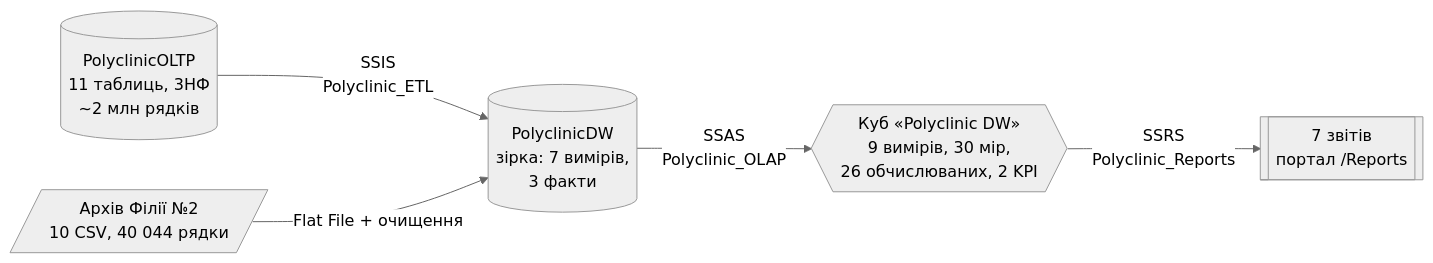
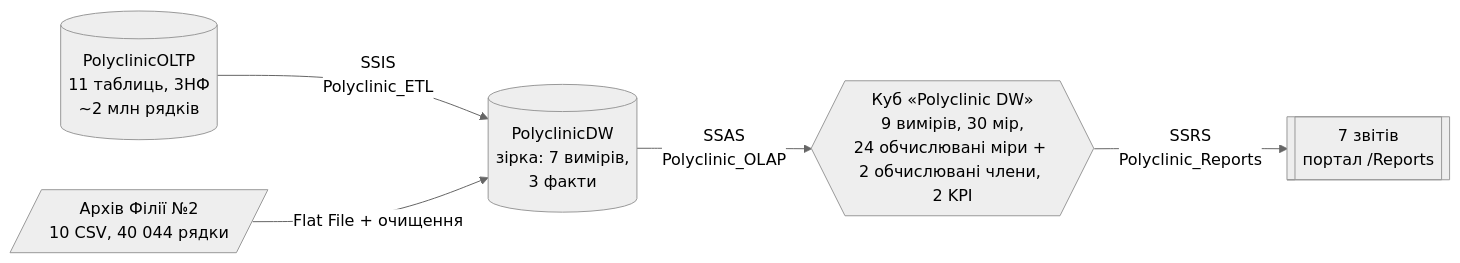
Before and after one commit to Iarynovskyi/Kursova_NVBD_Variant_06: the diagram in README.md, drawn with Mermaid (neutral theme). The commit also changed other lines of this file and 7 other files, not shown here.

````diff
--- a/README.md
+++ b/README.md
@@ -19,7 +19,7 @@
 ```mermaid
 flowchart LR
     A[(PolyclinicOLTP<br/>11 таблиць, 3НФ<br/>~2 млн рядків)] -->|SSIS<br/>Polyclinic_ETL| C[(PolyclinicDW<br/>зірка: 7 вимірів,<br/>3 факти)]
     B[/Архів Філії №2<br/>10 CSV, 40 044 рядки/] -->|Flat File + очищення| C
-    C -->|SSAS<br/>Polyclinic_OLAP| D{{Куб «Polyclinic DW»<br/>9 вимірів, 30 мір,<br/>26 обчислюваних, 2 KPI}}
+    C -->|SSAS<br/>Polyclinic_OLAP| D{{Куб «Polyclinic DW»<br/>9 вимірів, 30 мір,<br/>24 обчислювані міри + 2 обчислювані члени, 2 KPI}}
     D -->|SSRS<br/>Polyclinic_Reports| E[[7 звітів<br/>портал /Reports]]
 ```
````
